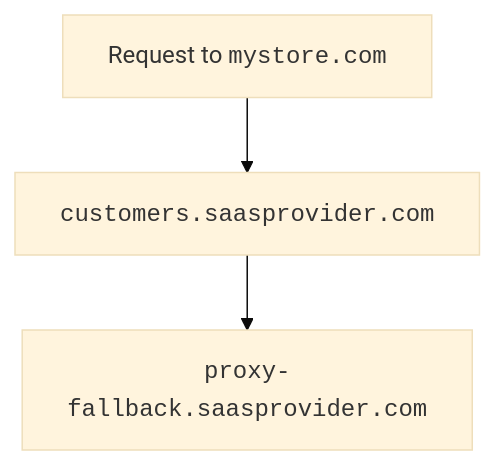
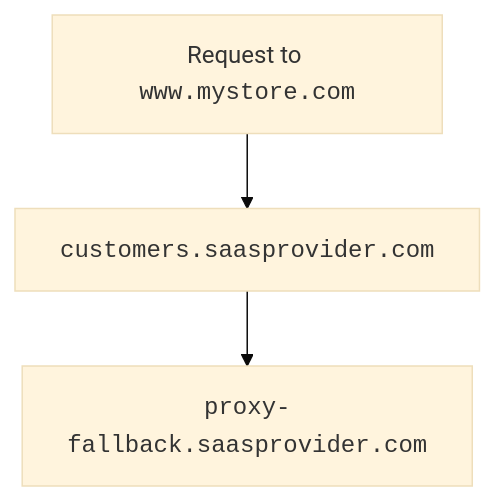
The diagram in content/cloudflare-for-platforms/cloudflare-for-saas/start/getting-started.md (rdhanarot/cloudflare-docs), drawn with Mermaid (base theme) before and after one commit. The commit also changed other lines of this file, not shown here.

````diff
--- a/content/cloudflare-for-platforms/cloudflare-for-saas/start/getting-started.md
+++ b/content/cloudflare-for-platforms/cloudflare-for-saas/start/getting-started.md
@@ -60,6 +60,6 @@
 ```mermaid
 flowchart TD
 accTitle: How traffic routing works with a CNAME target
-A[Request to <code>mystore.com</code>] --> B[<code>customers.saasprovider.com</code>]
+A[Request to <code>www.mystore.com</code>] --> B[<code>customers.saasprovider.com</code>]
 B --> C[<code>proxy-fallback.saasprovider.com</code>]
 ```
````
